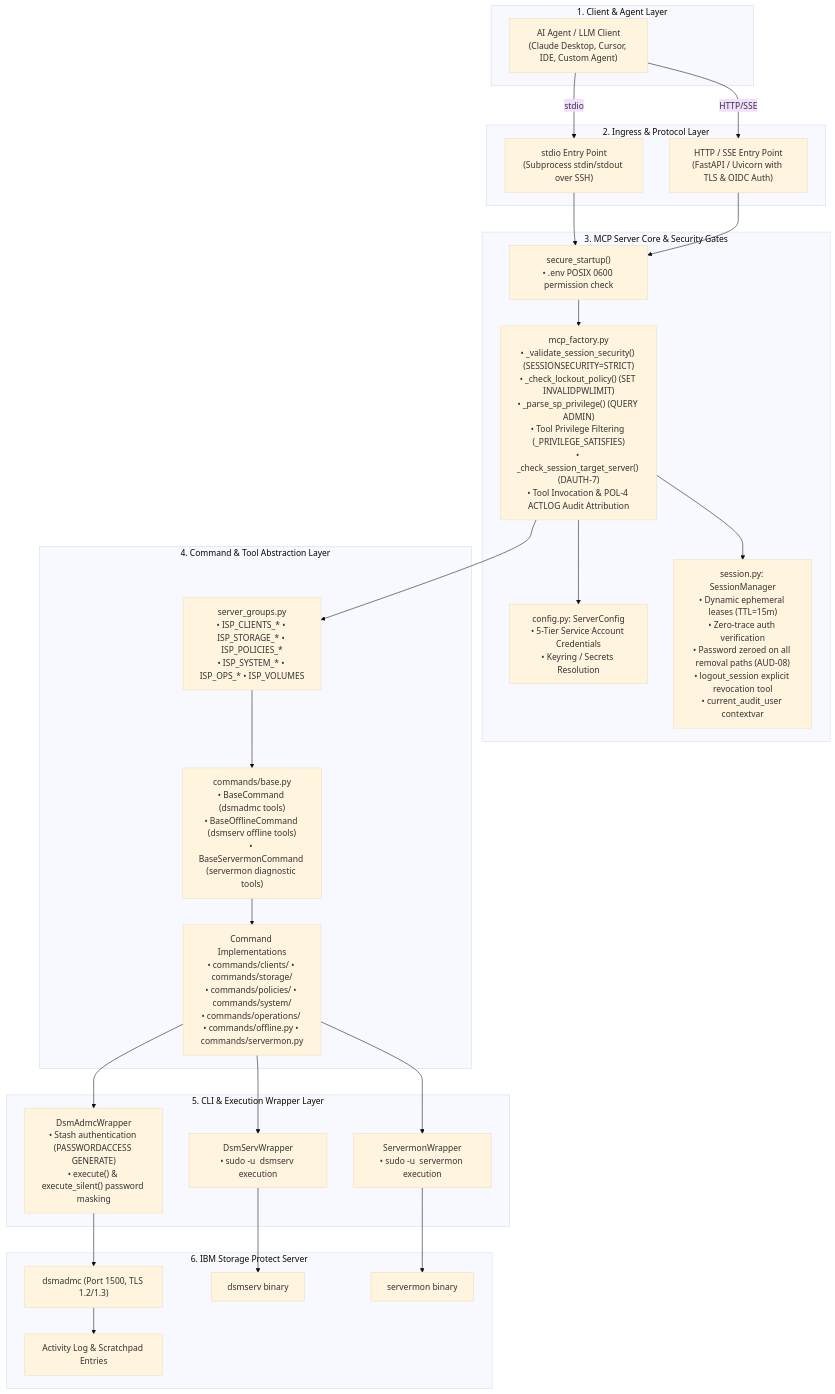
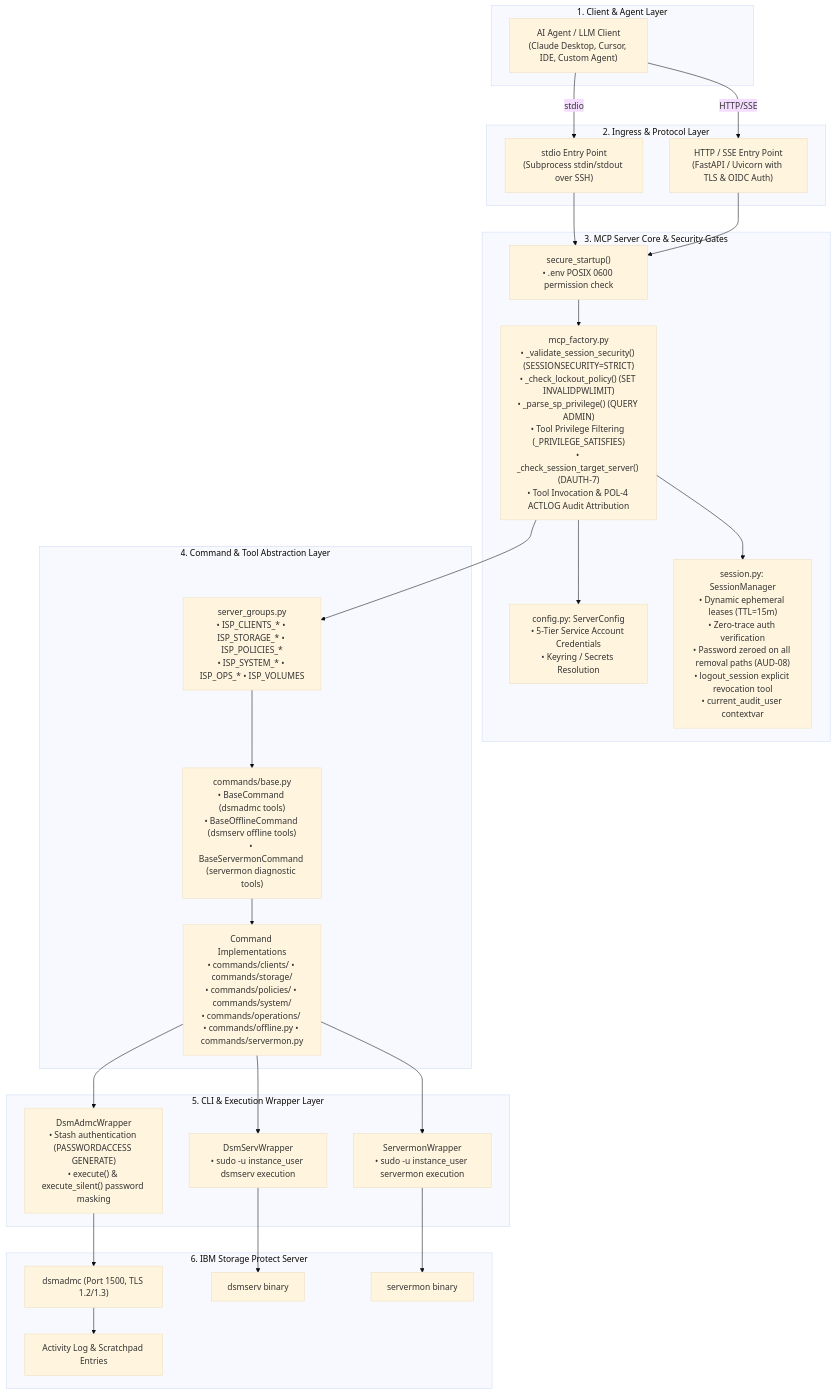
Before and after one commit to IBM/storage-protect-mcp-server: the first of 6 diagrams in docs/architecture/architecture.md, drawn with Mermaid (base theme). The commit also changed other lines of this file and 29 other files, not shown here.

````diff
--- a/docs/architecture/architecture.md
+++ b/docs/architecture/architecture.md
@@ -49,55 +53,55 @@
 ```mermaid
 graph TD
     subgraph ClientTier ["1. Client & Agent Layer"]
         AGENT["AI Agent / LLM Client\n(Claude Desktop, Cursor, IDE, Custom Agent)"]
     end
 
     subgraph IngressTier ["2. Ingress & Protocol Layer"]
         STDIO_EP["stdio Entry Point\n(Subprocess stdin/stdout over SSH)"]
         HTTP_EP["HTTP / SSE Entry Point\n(FastAPI / Uvicorn with TLS & OIDC Auth)"]
     end
 
     subgraph CoreTier ["3. MCP Server Core & Security Gates"]
         SEC_START["secure_startup()\n• .env POSIX 0600 permission check"]
         CONFIG_MGR["config.py: ServerConfig\n• 5-Tier Service Account Credentials\n• Keyring / Secrets Resolution"]
         SESS_MGR["session.py: SessionManager\n• Dynamic ephemeral leases (TTL=15m)\n• Zero-trace auth verification\n• Password zeroed on all removal paths (AUD-08)\n• logout_session explicit revocation tool\n• current_audit_user contextvar"]
         FACTORY["mcp_factory.py\n• _validate_session_security() (SESSIONSECURITY=STRICT)\n• _check_lockout_policy() (SET INVALIDPWLIMIT)\n• _parse_sp_privilege() (QUERY ADMIN)\n• Tool Privilege Filtering (_PRIVILEGE_SATISFIES)\n• _check_session_target_server() (DAUTH-7)\n• Tool Invocation & POL-4 ACTLOG Audit Attribution"]
     end
 
     subgraph ModuleTier ["4. Command & Tool Abstraction Layer"]
         GROUPS["server_groups.py\n• ISP_CLIENTS_* • ISP_STORAGE_* • ISP_POLICIES_*\n• ISP_SYSTEM_* • ISP_OPS_* • ISP_VOLUMES"]
         BASE_CMD["commands/base.py\n• BaseCommand (dsmadmc tools)\n• BaseOfflineCommand (dsmserv offline tools)\n• BaseServermonCommand (servermon diagnostic tools)"]
         IMPL_CMD["Command Implementations\n• commands/clients/ • commands/storage/\n• commands/policies/ • commands/system/\n• commands/operations/ • commands/offline.py • commands/servermon.py"]
     end
 
     subgraph WrapperTier ["5. CLI & Execution Wrapper Layer"]
         ADMC_WRAP["DsmAdmcWrapper\n• Stash authentication (PASSWORDACCESS GENERATE)\n• execute() & execute_silent() password masking"]
-        SERV_WRAP["DsmServWrapper\n• sudo -u <instance_user> dsmserv execution"]
-        MON_WRAP["ServermonWrapper\n• sudo -u <instance_user> servermon execution"]
+        SERV_WRAP["DsmServWrapper\n• sudo -u instance_user dsmserv execution"]
+        MON_WRAP["ServermonWrapper\n• sudo -u instance_user servermon execution"]
     end
 
     subgraph StorageProtectTier ["6. IBM Storage Protect Server"]
         DSMADMC["dsmadmc (Port 1500, TLS 1.2/1.3)"]
         DSMSERV["dsmserv binary"]
         SERVERMON["servermon binary"]
         ACTLOG["Activity Log & Scratchpad Entries"]
     end
 
     AGENT -->|stdio| STDIO_EP
     AGENT -->|HTTP/SSE| HTTP_EP
     STDIO_EP --> SEC_START
     HTTP_EP --> SEC_START
     SEC_START --> FACTORY
     FACTORY --> SESS_MGR
     FACTORY --> CONFIG_MGR
     FACTORY --> GROUPS
     GROUPS --> BASE_CMD
     BASE_CMD --> IMPL_CMD
     IMPL_CMD --> ADMC_WRAP
     IMPL_CMD --> SERV_WRAP
     IMPL_CMD --> MON_WRAP
     ADMC_WRAP --> DSMADMC
     SERV_WRAP --> DSMSERV
     MON_WRAP --> SERVERMON
     DSMADMC --> ACTLOG
 ```
````
